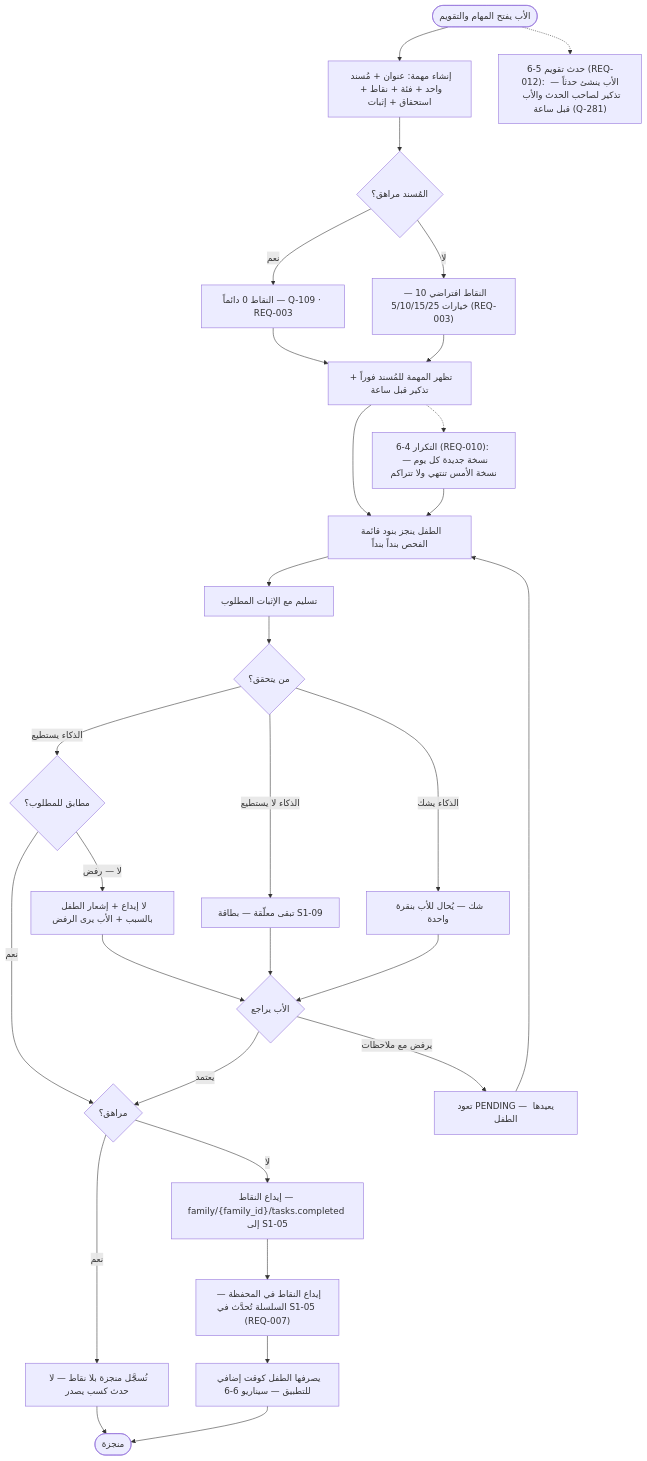
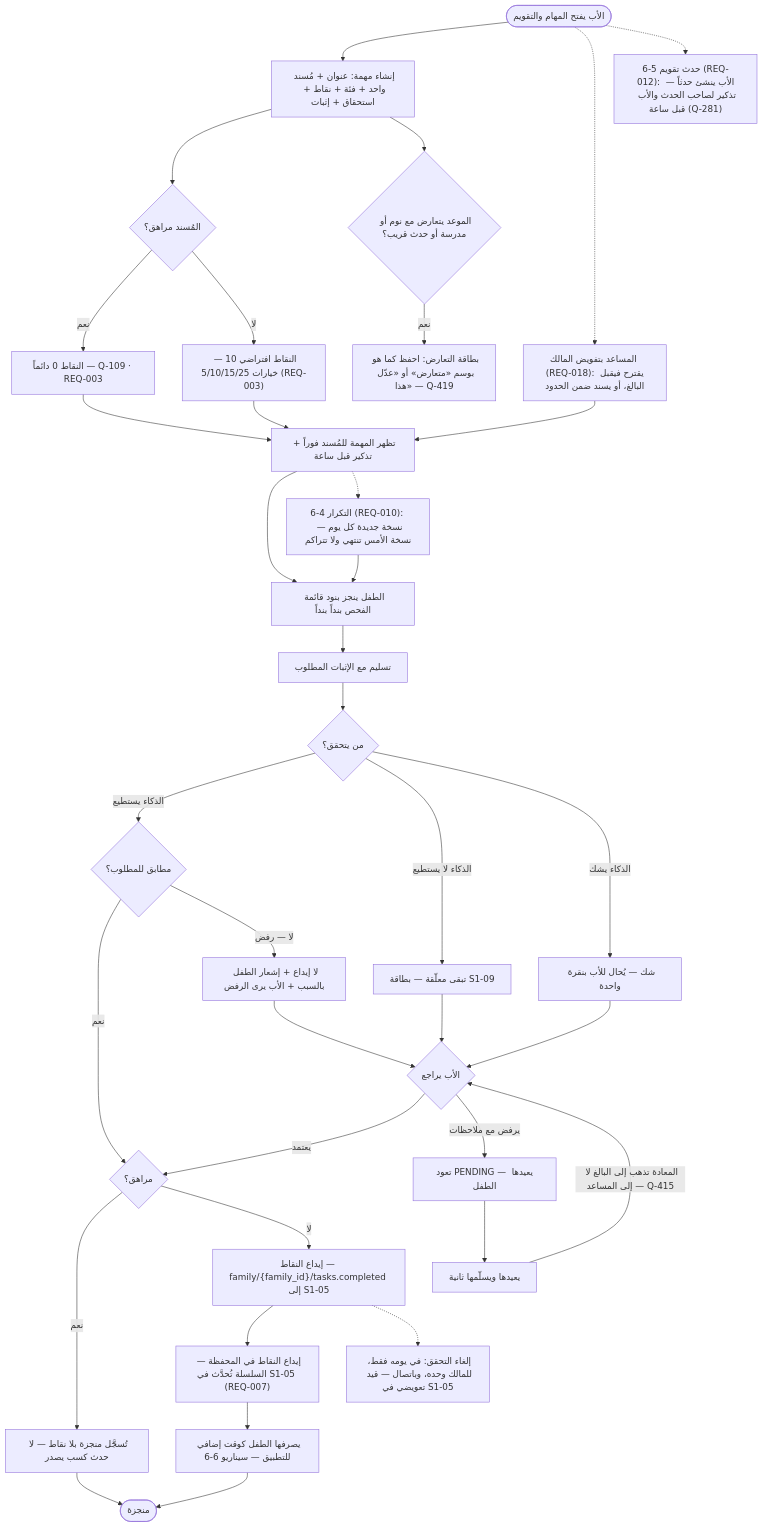
Before and after one commit to Bassam-mohammed-alqaeadi/family-os-v2: diagram 13 of 15 in docs/family-os/governance/phases/phase-1/S1-06-tasks-and-calendar/DIAGRAMS.md, drawn with Mermaid. The commit also changed other lines of this file and 22 other files, not shown here.

First line of the commit message:
docs(phase-1): redraw diagrams of the ten systems on the approved design (Q-428)

````diff
--- a/docs/family-os/governance/phases/phase-1/S1-06-tasks-and-calendar/DIAGRAMS.md
+++ b/docs/family-os/governance/phases/phase-1/S1-06-tasks-and-calendar/DIAGRAMS.md
@@ -423,32 +535,38 @@
 ```mermaid
 flowchart TD
     Start([الأب يفتح المهام والتقويم]) --> Create[إنشاء مهمة: عنوان + مُسند واحد + فئة + نقاط + استحقاق + إثبات]
     Create --> TeenQ{المُسند مراهق؟}
     TeenQ -->|نعم| Zero[النقاط 0 دائماً — Q-109 · REQ-003]
     TeenQ -->|لا| Points["النقاط افتراضي 10 — خيارات 5/10/15/25 (REQ-003)"]
     Zero --> Show[تظهر المهمة للمُسند فوراً + تذكير قبل ساعة]
     Points --> Show
     Show --> Do[الطفل ينجز بنود قائمة الفحص بنداً بنداً]
     Do --> Submit[تسليم مع الإثبات المطلوب]
     Submit --> Who{من يتحقق؟}
     Who -->|الذكاء يستطيع| AIOK{مطابق للمطلوب؟}
     AIOK -->|نعم| TeenCheck{مراهق؟}
     AIOK -->|لا — رفض| Notify[لا إيداع + إشعار الطفل بالسبب + الأب يرى الرفض]
     Who -->|الذكاء لا يستطيع| Pending[تبقى معلّقة — بطاقة S1-09]
     Who -->|الذكاء يشك| Doubt[شك — يُحال للأب بنقرة واحدة]
     Doubt --> FatherRev
     Pending --> FatherRev{الأب يراجع}
     FatherRev -->|يعتمد| TeenCheck
     FatherRev -->|يرفض مع ملاحظات| Back[تعود PENDING — يعيدها الطفل]
-    Back --> Do
+    Back --> Redo[يعيدها ويسلّمها ثانية]
+    Redo -->|المعادة تذهب إلى البالغ لا إلى المساعد — Q-415| FatherRev
     Notify --> FatherRev
     TeenCheck -->|نعم| NoEvent[تُسجَّل منجزة بلا نقاط — لا حدث كسب يصدر]
     TeenCheck -->|لا| Deposit["إيداع النقاط — family/{family_id}/tasks.completed إلى S1-05"]
     Deposit --> Streak["إيداع النقاط في المحفظة — السلسلة تُحدَّث في S1-05 (REQ-007)"]
     Streak --> Spend[يصرفها الطفل كوقت إضافي للتطبيق — سيناريو 6-6]
     NoEvent --> End([منجزة])
     Spend --> End
     Show -.-> Recur["6-4 التكرار (REQ-010): نسخة جديدة كل يوم — نسخة الأمس تنتهي ولا تتراكم"]
     Recur --> Do
+    Deposit -.-> Revoke["إلغاء التحقق: في يومه فقط، للمالك وحده، وباتصال — قيد تعويضي في S1-05"]
+    Create --> Clash{الموعد يتعارض مع نوم أو مدرسة أو حدث قريب؟}
+    Clash -->|نعم| ClashCard[بطاقة التعارض: احفظ كما هو بوسم «متعارض» أو «عدّل هذا» — Q-419]
+    Start -.-> Agent["المساعد بتفويض المالك (REQ-018): يقترح فيقبل البالغ، أو يسند ضمن الحدود"]
+    Agent --> Show
     Start -.-> CalEv["6-5 حدث تقويم (REQ-012): الأب ينشئ حدثاً — تذكير لصاحب الحدث والأب قبل ساعة (Q-281)"]
 ```
````
